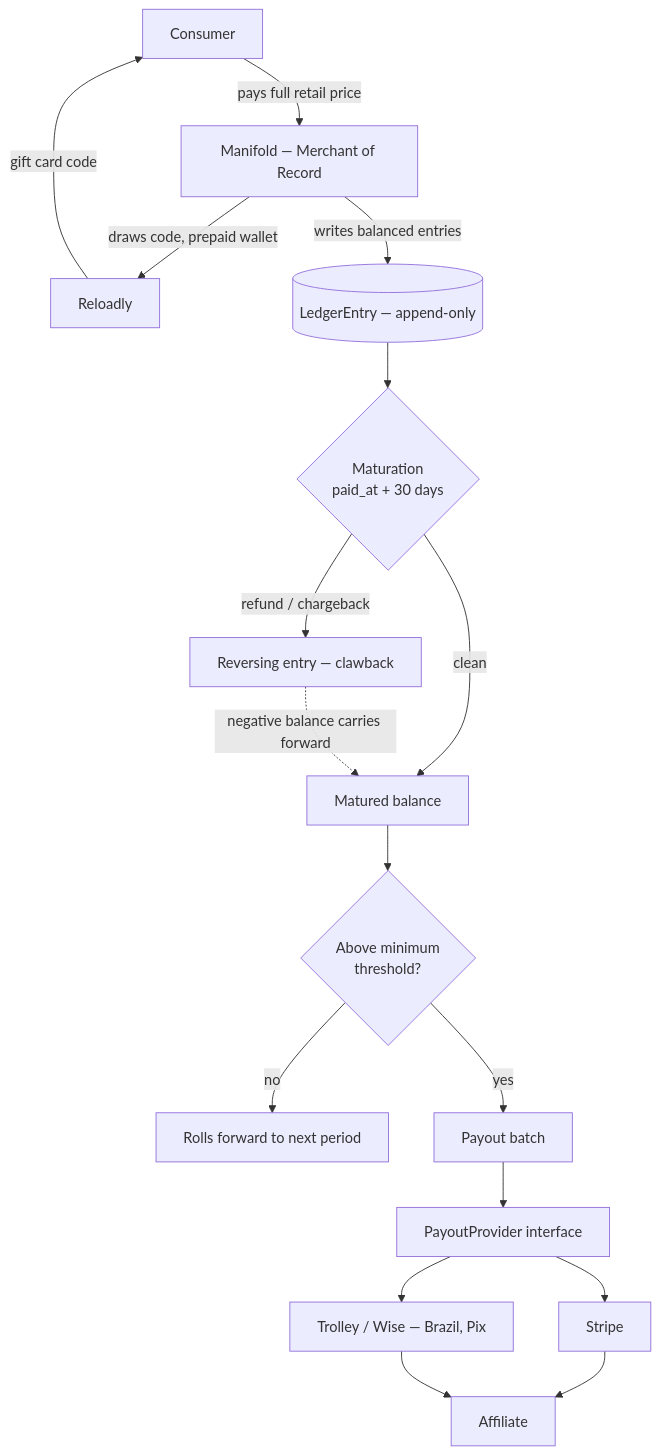
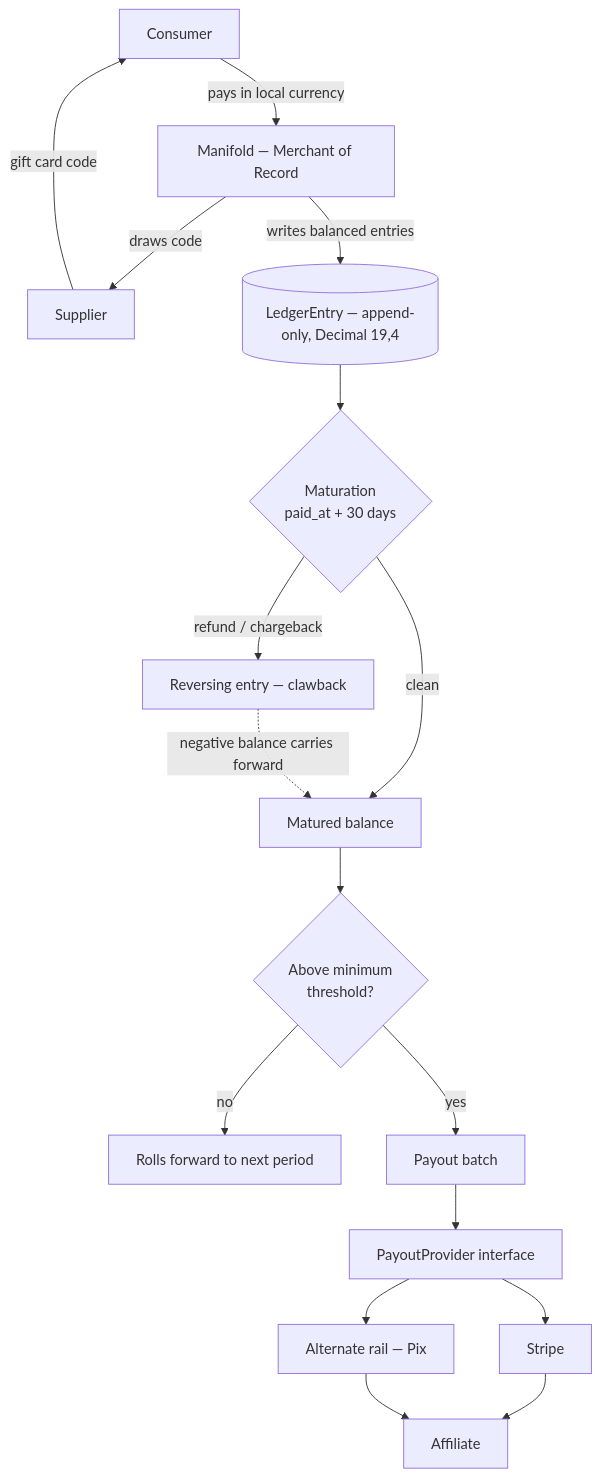
The first of 3 diagrams in docs/payments-tasks.md (pedromello/manifoldpowered.com), drawn with Mermaid before and after one commit. The commit also changed other lines of this file, not shown here.

First line of the commit message:
docs: settle money type and add multi-currency pricing tasks

````diff
--- a/docs/payments-tasks.md
+++ b/docs/payments-tasks.md
@@ -17,22 +30,22 @@
 ```mermaid
 flowchart TD
-    C[Consumer] -->|pays full retail price| P[Manifold — Merchant of Record]
-    P -->|draws code, prepaid wallet| R[Reloadly]
-    R -->|gift card code| C
-    P -->|writes balanced entries| L[(LedgerEntry — append-only)]
+    C[Consumer] -->|pays in local currency| P[Manifold — Merchant of Record]
+    P -->|draws code| S[Supplier]
+    S -->|gift card code| C
+    P -->|writes balanced entries| L[(LedgerEntry — append-only, Decimal 19,4)]
 
     L --> M{Maturation<br/>paid_at + 30 days}
     M -->|clean| MB[Matured balance]
     M -->|refund / chargeback| CB[Reversing entry — clawback]
     CB -.->|negative balance carries forward| MB
 
     MB --> TH{Above minimum<br/>threshold?}
     TH -->|no| RF[Rolls forward to next period]
     TH -->|yes| PO[Payout batch]
 
     PO --> IF[PayoutProvider interface]
-    IF --> S[Stripe]
-    IF --> BR[Trolley / Wise — Brazil, Pix]
-    S --> A[Affiliate]
+    IF --> ST[Stripe]
+    IF --> BR[Alternate rail — Pix]
+    ST --> A[Affiliate]
     BR --> A
 ```
````
